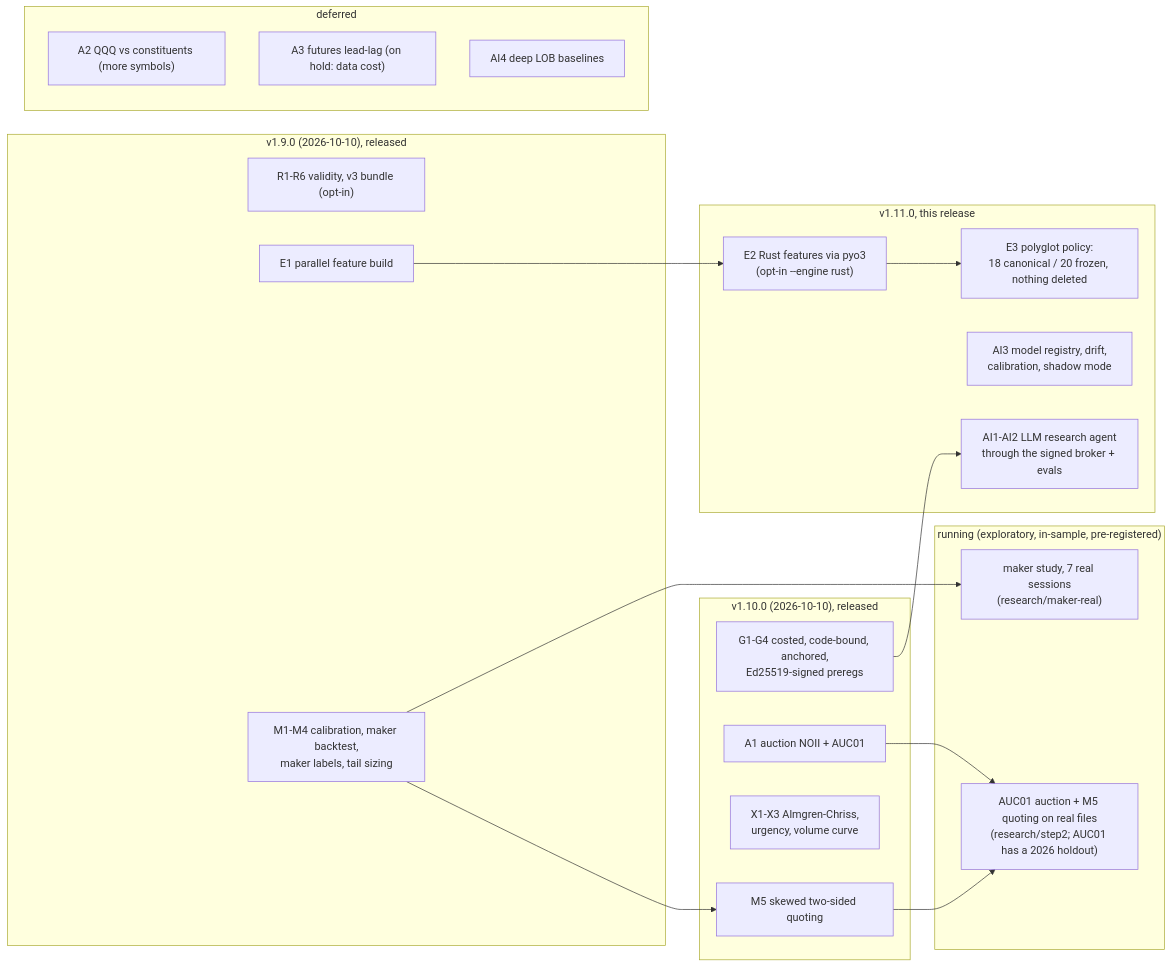
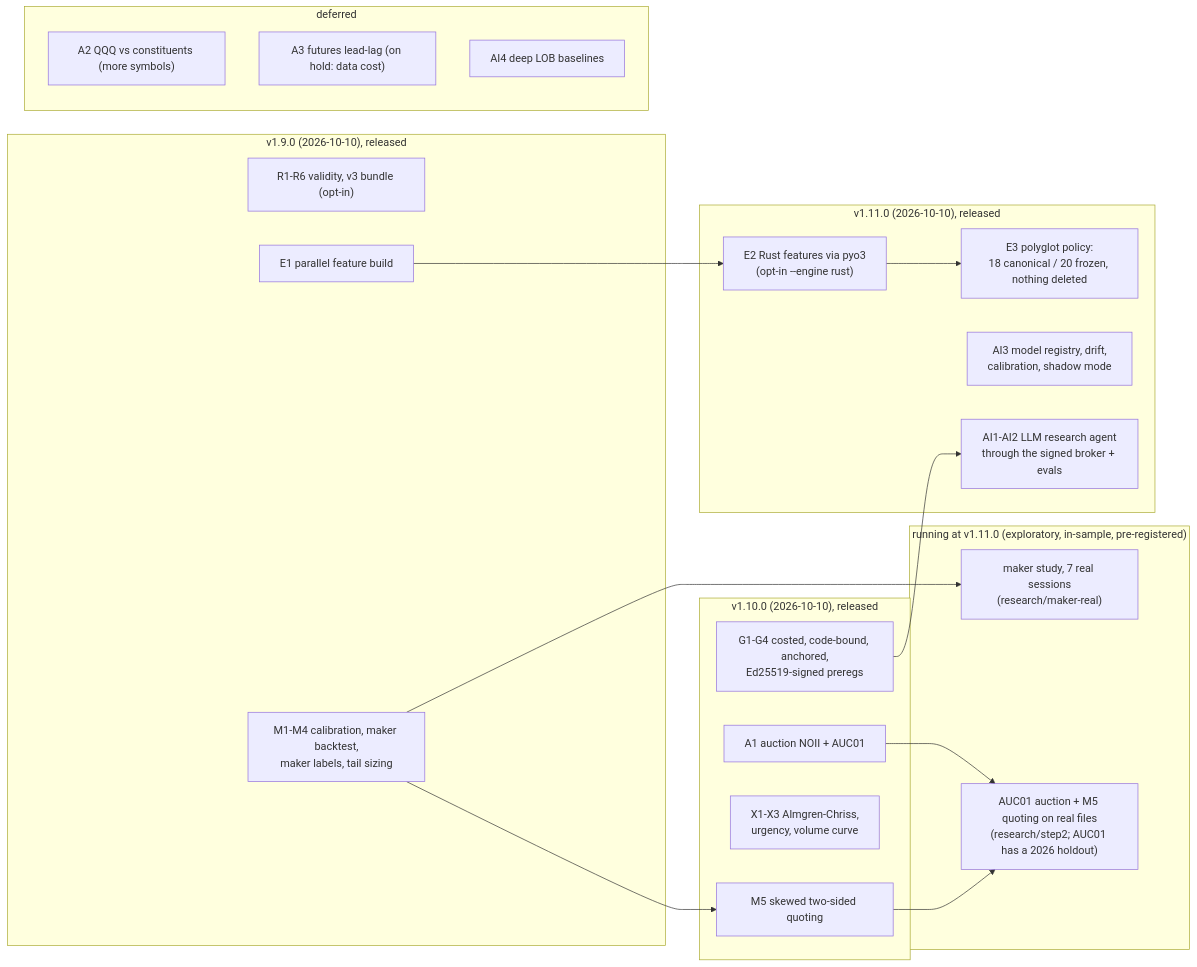
One commit to AshJha0/intraday-alpha-platform changed the diagram in docs/diagrams/release_roadmap_v19_v111.mmd. Above: the diagram before and after it, drawn with Mermaid. The commit also changed 37 other files, not shown here.

First line of the commit message:
REL-14c: documentation truth pass against v1.18.0 (README, site, LEARN, COOKBOOK, roadmap, architecture, data docs, API docs)

```diff
--- a/docs/diagrams/release_roadmap_v19_v111.mmd
+++ b/docs/diagrams/release_roadmap_v19_v111.mmd
@@ -1,34 +1,34 @@
 flowchart LR
     subgraph V19["v1.9.0 (2026-10-10), released"]
         R["R1-R6 validity, v3 bundle (opt-in)"]
         E1["E1 parallel feature build"]
         M14["M1-M4 calibration, maker backtest,<br/>maker labels, tail sizing"]
     end
     subgraph V110["v1.10.0 (2026-10-10), released"]
         M5["M5 skewed two-sided quoting"]
         A1["A1 auction NOII + AUC01"]
         X["X1-X3 Almgren-Chriss,<br/>urgency, volume curve"]
         G["G1-G4 costed, code-bound, anchored,<br/>Ed25519-signed preregs"]
     end
-    subgraph V111["v1.11.0, this release"]
+    subgraph V111["v1.11.0 (2026-10-10), released"]
         E2["E2 Rust features via pyo3<br/>(opt-in --engine rust)"]
         E3["E3 polyglot policy:<br/>18 canonical / 20 frozen, nothing deleted"]
         AI3["AI3 model registry, drift,<br/>calibration, shadow mode"]
         AI12["AI1-AI2 LLM research agent<br/>through the signed broker + evals"]
     end
-    subgraph RUN["running (exploratory, in-sample, pre-registered)"]
+    subgraph RUN["running at v1.11.0 (exploratory, in-sample, pre-registered)"]
         MS["maker study, 7 real sessions<br/>(research/maker-real)"]
         AUC["AUC01 auction + M5 quoting on real files<br/>(research/step2; AUC01 has a 2026 holdout)"]
     end
     subgraph LATER["deferred"]
         A2["A2 QQQ vs constituents (more symbols)"]
         A3["A3 futures lead-lag (on hold: data cost)"]
         AI4["AI4 deep LOB baselines"]
     end
     M14 --> M5
     M14 --> MS
     A1 --> AUC
     M5 --> AUC
     G --> AI12
     E1 --> E2
     E2 --> E3
```
